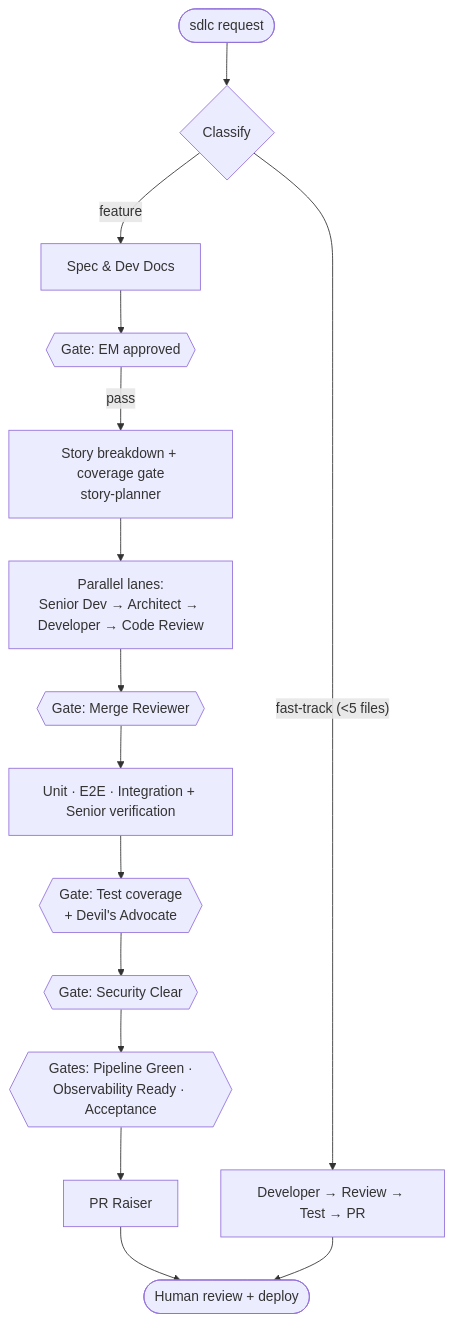
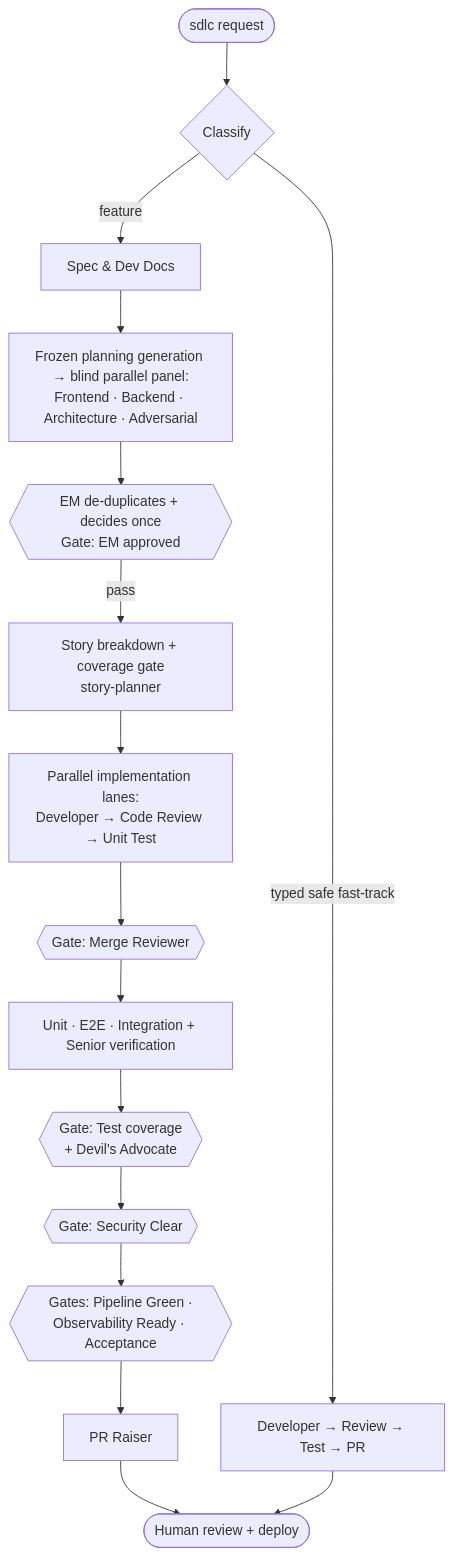
One commit to ajyadav013/claude-kit changed the first of 2 diagrams in README.md. Above: the diagram before and after it, drawn with Mermaid. The commit also changed other lines of this file and 78 other files, not shown here.

First line of the commit message:
feat(sdlc): bound planning review convergence

````diff
--- a/README.md
+++ b/README.md
@@ -193,15 +193,16 @@
 ```mermaid
 flowchart TD
     REQ(["sdlc request"]) --> CLS{"Classify"}
     CLS -->|"feature"| SPEC["Spec & Dev Docs"]
-    SPEC --> EM{{"Gate: EM approved"}}
+    SPEC --> PANEL["Frozen planning generation → blind parallel panel:<br/>Frontend · Backend · Architecture · Adversarial"]
+    PANEL --> EM{{"EM de-duplicates + decides once<br/>Gate: EM approved"}}
     EM -->|"pass"| STORY["Story breakdown + coverage gate<br/>story-planner"]
-    STORY --> LANES["Parallel lanes:<br/>Senior Dev → Architect → Developer → Code Review"]
+    STORY --> LANES["Parallel implementation lanes:<br/>Developer → Code Review → Unit Test"]
     LANES --> MR{{"Gate: Merge Reviewer"}}
     MR --> TEST["Unit · E2E · Integration + Senior verification"]
     TEST --> TCG{{"Gate: Test coverage<br/>+ Devil's Advocate"}}
     TCG --> SEC{{"Gate: Security Clear"}}
     SEC --> OPS{{"Gates: Pipeline Green ·<br/>Observability Ready · Acceptance"}}
     OPS --> PR["PR Raiser"] --> HUMAN(["Human review + deploy"])
-    CLS -->|"fast-track (<5 files)"| FT["Developer → Review → Test → PR"] --> HUMAN
+    CLS -->|"typed safe fast-track"| FT["Developer → Review → Test → PR"] --> HUMAN
 ```
````
